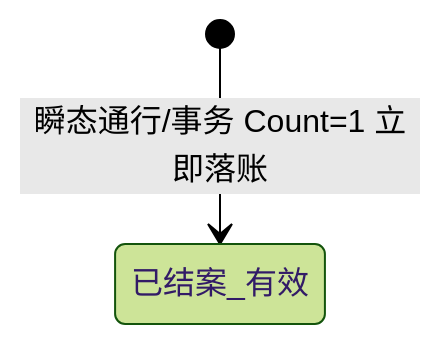
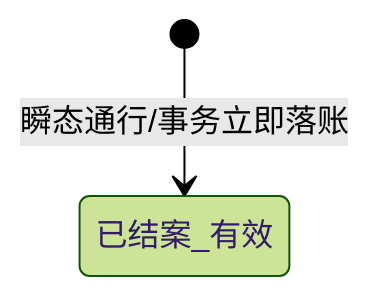
The second of 4 diagrams in 02-PRD文档/B-迭代需求/6.2版本（2026.08）/02-预警信息/01设备预警信息/设备预警信息业务规则规格.md (RobertHuang999/SYZC), drawn with Mermaid (forest theme) before and after one commit. The commit also changed other lines of this file and 121 other files, not shown here.

````diff
--- a/02-PRD文档/B-迭代需求/6.2版本（2026.08）/02-预警信息/01设备预警信息/设备预警信息业务规则规格.md
+++ b/02-PRD文档/B-迭代需求/6.2版本（2026.08）/02-预警信息/01设备预警信息/设备预警信息业务规则规格.md
@@ -75,4 +68,4 @@
 ```mermaid
 stateDiagram-v2
-    [*] --> 已结案_有效: 瞬态通行/事务 Count=1 立即落账
+    [*] --> 已结案_有效: 瞬态通行/事务立即落账
 ```
````
